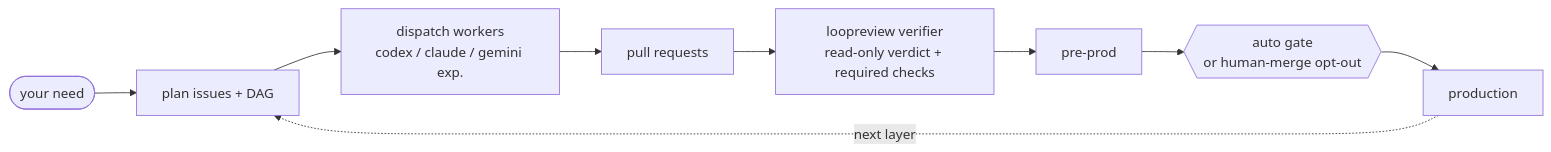
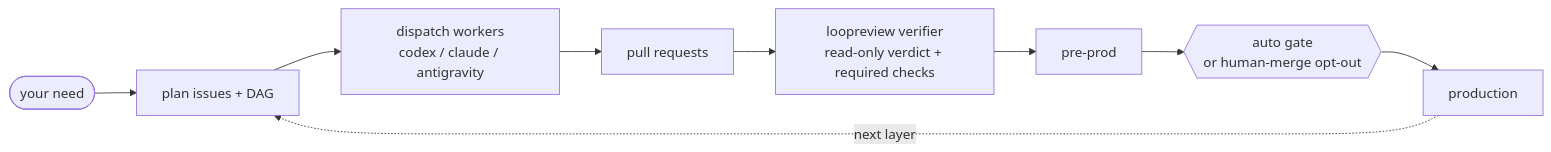
The diagram in README.md (jasonhnd/loopcoder), drawn with Mermaid before and after one commit. The commit also changed other lines of this file and 6 other files, not shown here.

````diff
--- a/README.md
+++ b/README.md
@@ -24,11 +26,11 @@
 ```mermaid
 flowchart LR
   need([your need]) --> plan[plan issues + DAG]
-  plan --> dispatch[dispatch workers<br/>codex / claude / gemini exp.]
+  plan --> dispatch[dispatch workers<br/>codex / claude / antigravity]
   dispatch --> pr[pull requests]
   pr --> review[loopreview verifier<br/>read-only verdict + required checks]
   review --> preprod[pre-prod]
   preprod --> gate{{auto gate<br/>or human-merge opt-out}}
   gate --> prod[production]
   prod -. next layer .-> plan
 ```
````
